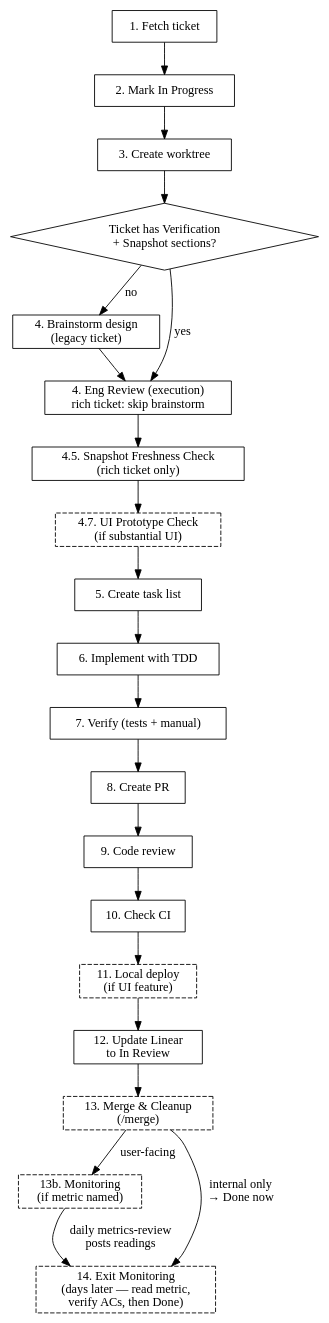
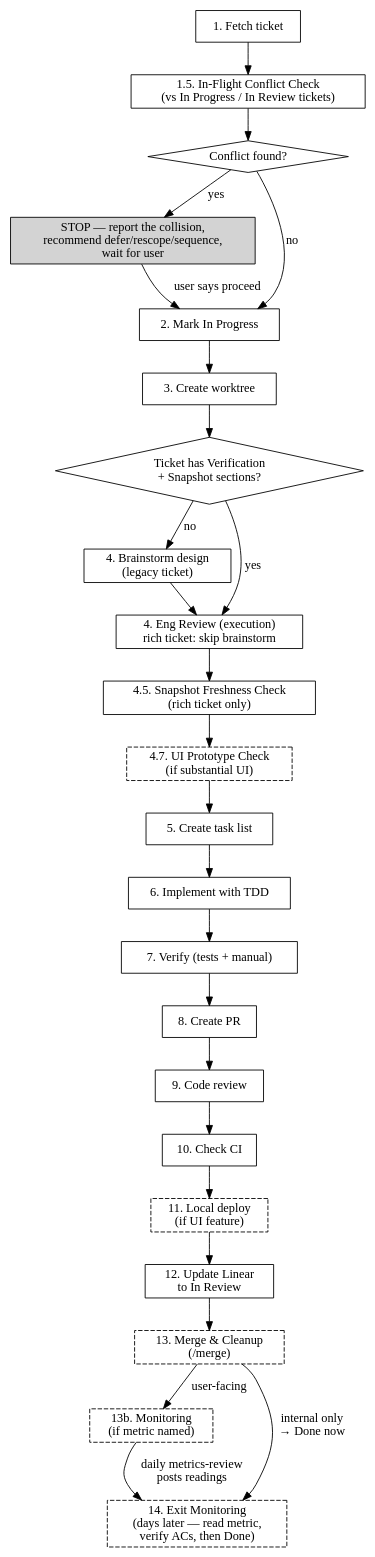
The diagram in skills/starting-linear-ticket/SKILL.md (kmigdol/claude-config), drawn with Graphviz before and after one commit. The commit also changed other lines of this file and 1 other file, not shown here.

First line of the commit message:
starting-linear-ticket: add Step 1.5 in-flight conflict check

````diff
--- a/skills/starting-linear-ticket/SKILL.md
+++ b/skills/starting-linear-ticket/SKILL.md
@@ -85,36 +85,43 @@
 ```dot
 digraph workflow {
     rankdir=TB;
 
     fetch [label="1. Fetch ticket", shape=box];
+    conflict [label="1.5. In-Flight Conflict Check\n(vs In Progress / In Review tickets)", shape=box];
+    clash [label="Conflict found?", shape=diamond];
+    escalate [label="STOP — report the collision,\nrecommend defer/rescope/sequence,\nwait for user", shape=box, style=filled, fillcolor=lightgrey];
     progress [label="2. Mark In Progress", shape=box];
     worktree [label="3. Create worktree", shape=box];
     rich [label="Ticket has Verification\n+ Snapshot sections?", shape=diamond];
     brainstorm [label="4. Brainstorm design\n(legacy ticket)", shape=box];
     eng [label="4. Eng Review (execution)\nrich ticket: skip brainstorm", shape=box];
     fresh [label="4.5. Snapshot Freshness Check\n(rich ticket only)", shape=box];
     proto [label="4.7. UI Prototype Check\n(if substantial UI)", shape=box, style=dashed];
     todos [label="5. Create task list", shape=box];
     tdd [label="6. Implement with TDD", shape=box];
     verify [label="7. Verify (tests + manual)", shape=box];
     pr [label="8. Create PR", shape=box];
     codereview [label="9. Code review", shape=box];
     ci [label="10. Check CI", shape=box];
     localtest [label="11. Local deploy\n(if UI feature)", shape=box, style=dashed];
     review [label="12. Update Linear\nto In Review", shape=box];
 
     merge [label="13. Merge & Cleanup\n(/merge)", shape=box, style=dashed];
     monitor [label="13b. Monitoring\n(if metric named)", shape=box, style=dashed];
     exit [label="14. Exit Monitoring\n(days later — read metric,\nverify ACs, then Done)", shape=box, style=dashed];
 
-    fetch -> progress -> worktree -> rich;
+    fetch -> conflict -> clash;
+    clash -> escalate [label="yes"];
+    clash -> progress [label="no"];
+    escalate -> progress [label="user says proceed"];
+    progress -> worktree -> rich;
     rich -> eng [label="yes"];
     rich -> brainstorm [label="no"];
     brainstorm -> eng;
     eng -> fresh -> proto -> todos;
     todos -> tdd -> verify -> pr -> codereview -> ci -> localtest -> review -> merge;
     merge -> monitor [label="user-facing"];
     merge -> exit [label="internal only\n→ Done now"];
     monitor -> exit [label="daily metrics-review\nposts readings"];
 }
 ```
````
